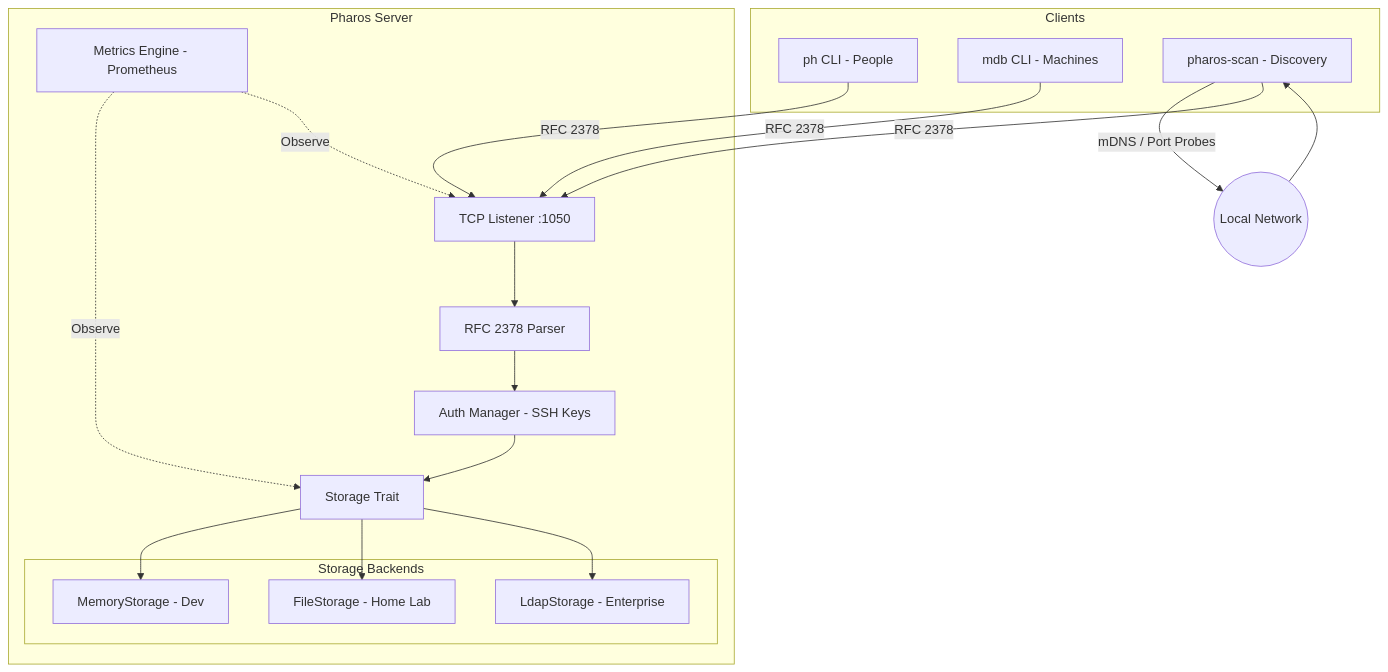
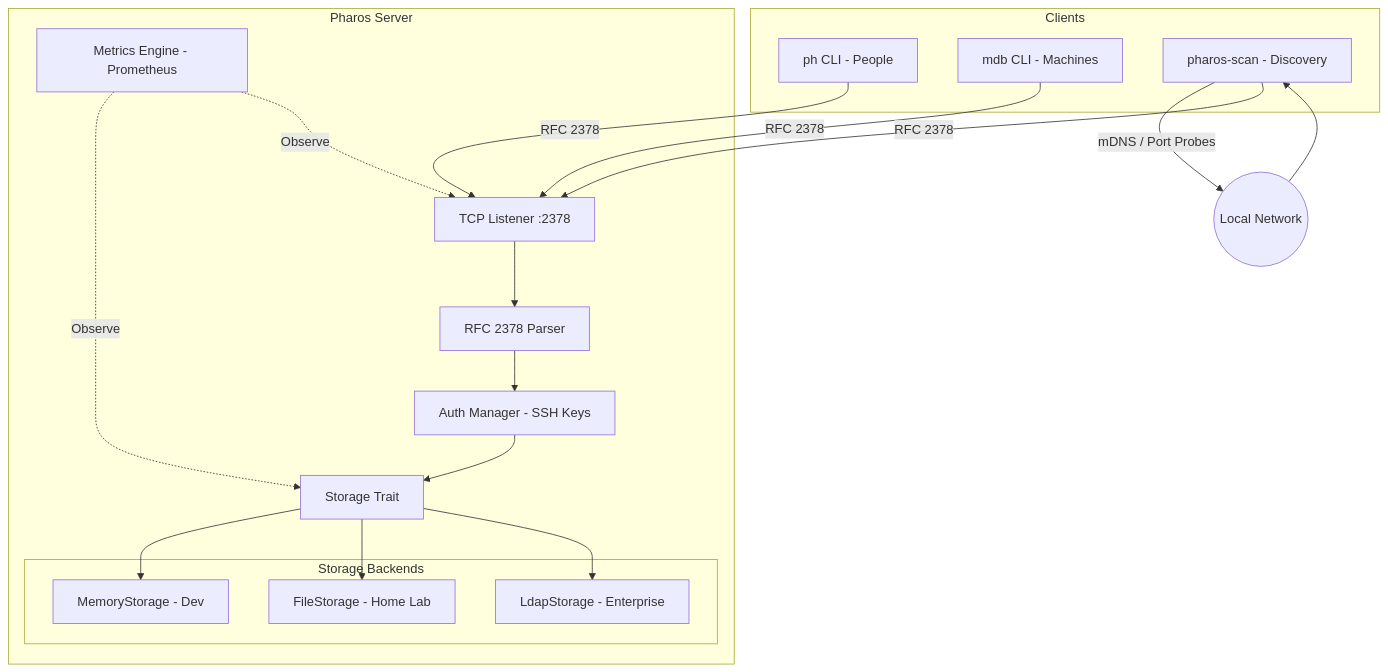
The first of 5 diagrams in website/src/content/docs/architecture.mdx (iamrichardD/pharos), drawn with Mermaid before and after one commit. The commit also changed 10 other files, not shown here.

````diff
--- a/website/src/content/docs/architecture.mdx
+++ b/website/src/content/docs/architecture.mdx
@@ -27,37 +27,37 @@
 ```mermaid
 graph TD
     subgraph Clients
         PH[ph CLI - People]
         MDB[mdb CLI - Machines]
         SCAN[pharos-scan - Discovery]
     end
 
     subgraph "Pharos Server"
-        TCP[TCP Listener :1050]
+        TCP[TCP Listener :2378]
         Parser[RFC 2378 Parser]
         Auth[Auth Manager - SSH Keys]
         Metrics[Metrics Engine - Prometheus]
         StorageTrait[Storage Trait]
         
         subgraph "Storage Backends"
             Mem[MemoryStorage - Dev]
             File[FileStorage - Home Lab]
             LDAP[LdapStorage - Enterprise]
         end
     end
 
     PH -->|RFC 2378| TCP
     MDB -->|RFC 2378| TCP
     SCAN -->|mDNS / Port Probes| LAN((Local Network))
     LAN --> SCAN
     SCAN -->|RFC 2378| TCP
     TCP --> Parser
     Parser --> Auth
     Auth --> StorageTrait
     StorageTrait --> Mem
     StorageTrait --> File
     StorageTrait --> LDAP
     
     Metrics -.->|Observe| StorageTrait
     Metrics -.->|Observe| TCP
 ```
````
